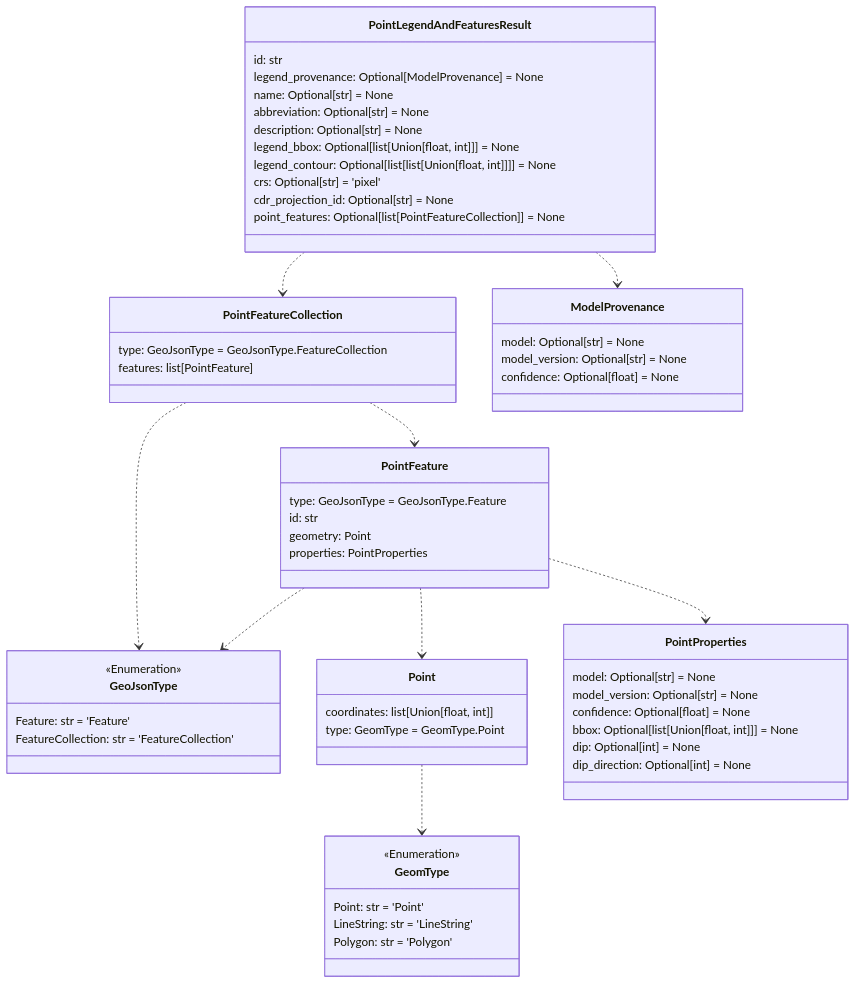
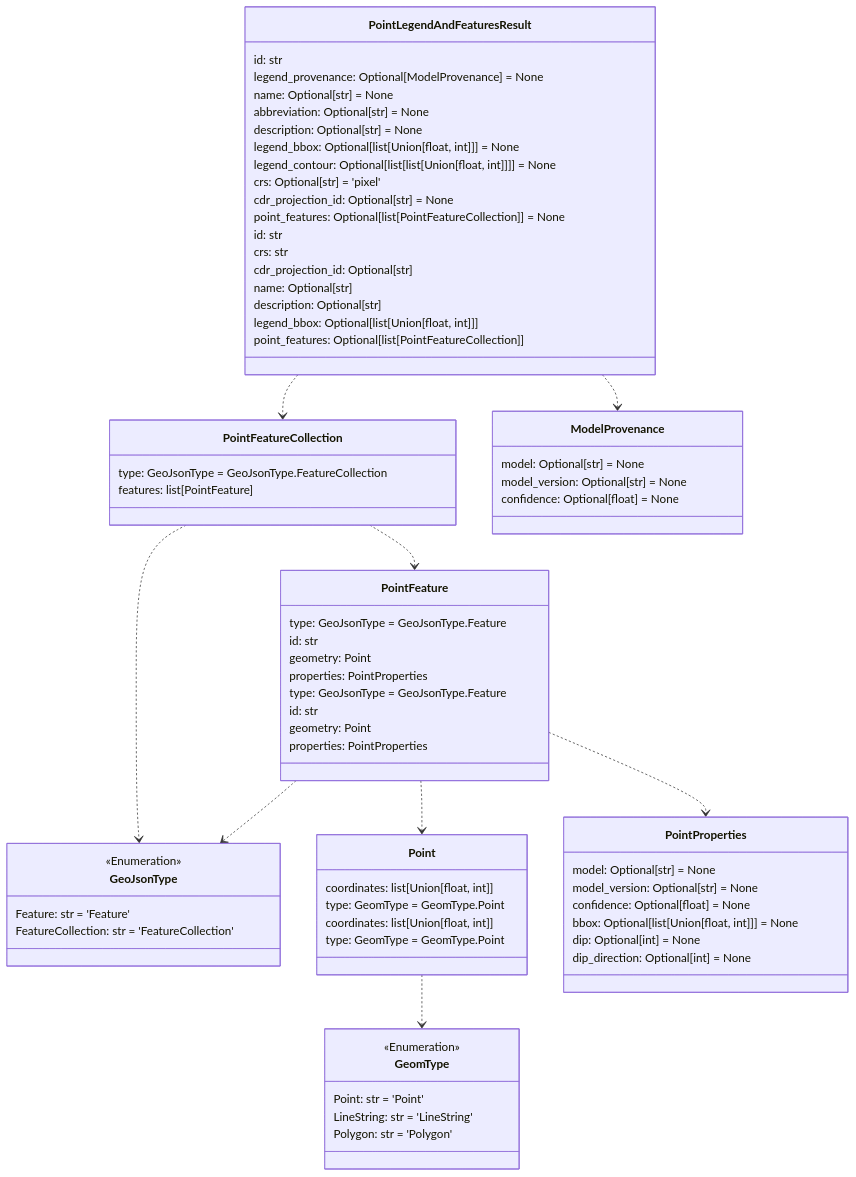
Before and after one commit to DARPA-CRITICALMAAS/cdr_schemas: the fifth of 12 diagrams in README.md, drawn with Mermaid. The commit also changed other lines of this file and 2 other files, not shown here.

Commit message:
added s back to features.

```diff
--- a/README.md
+++ b/README.md
@@ -411,6 +414,28 @@
         dip_direction: Optional[int] = None
     }
 
+    class PointFeature {
+        type: GeoJsonType = GeoJsonType.Feature
+        id: str
+        geometry: Point
+        properties: PointProperties
+    }
+
+    class Point {
+        coordinates: list[Union[float, int]]
+        type: GeomType = GeomType.Point
+    }
+
+    class PointLegendAndFeaturesResult {
+        id: str
+        crs: str
+        cdr_projection_id: Optional[str]
+        name: Optional[str]
+        description: Optional[str]
+        legend_bbox: Optional[list[Union[float, int]]]
+        point_features: Optional[list[PointFeatureCollection]]
+    }
+
     Point ..> GeomType
     PointFeature ..> PointProperties
     PointFeature ..> GeoJsonType
```
